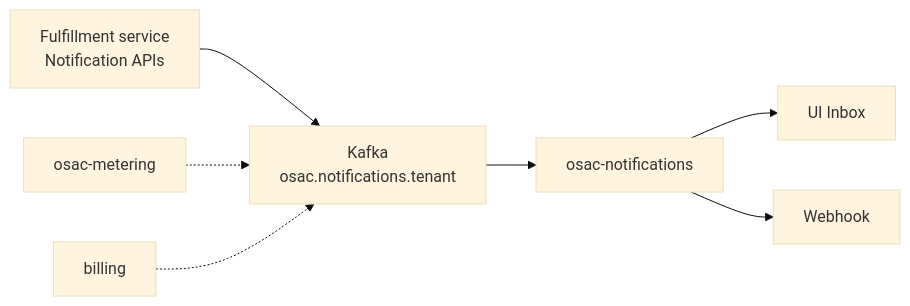
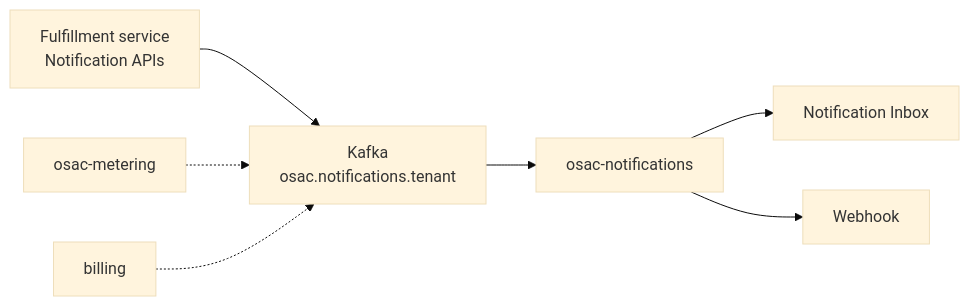
Before and after one commit to osac-project/enhancement-proposals: the first of 2 diagrams in enhancements/OSAC-75-notifications/design.md, drawn with Mermaid (base theme). The commit also changed other lines of this file, not shown here.

````diff
--- a/enhancements/OSAC-75-notifications/design.md
+++ b/enhancements/OSAC-75-notifications/design.md
@@ -76,16 +67,16 @@
 ```mermaid
 flowchart LR
     FS[Fulfillment service<br/>Notification APIs]
     M[osac-metering]
     B[billing]
     K[Kafka<br/>osac.notifications.tenant]
     N[osac-notifications]
-    I[UI Inbox]
+    I[Notification Inbox]
     W[Webhook]
     FS --> K
     M -.-> K
     B -.-> K
     K --> N
     N --> I
     N --> W
 ```
````
